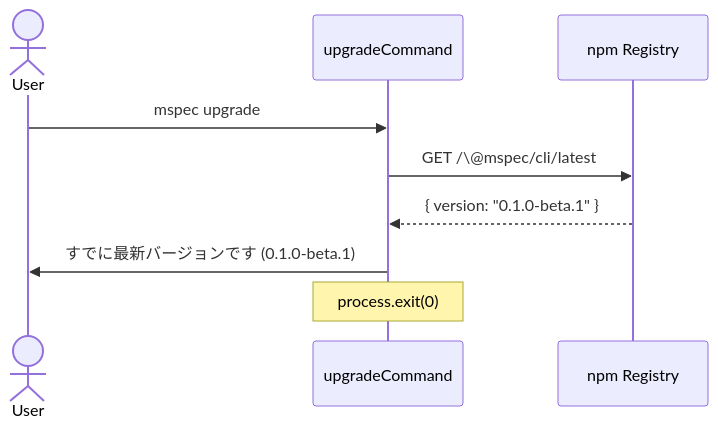
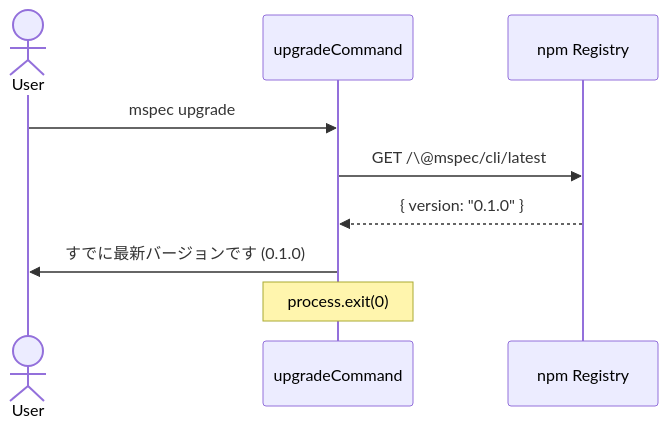
One commit to tubone24/mspec changed the third of 6 diagrams in changes/archive/2026-05-18-125018-cli-upgrade/architecture-overview.md. Above: the diagram before and after it, drawn with Mermaid. The commit also changed other lines of this file and 22 other files, not shown here.

````diff
--- a/changes/archive/2026-05-18-125018-cli-upgrade/architecture-overview.md
+++ b/changes/archive/2026-05-18-125018-cli-upgrade/architecture-overview.md
@@ -58,12 +58,12 @@
 ```mermaid
 sequenceDiagram
     actor User
     participant Upgrade as upgradeCommand
     participant Registry as npm Registry
 
     User->>Upgrade: mspec upgrade
     Upgrade->>Registry: GET /\@mspec/cli/latest
-    Registry-->>Upgrade: { version: "0.1.0-beta.1" }
-    Upgrade->>User: すでに最新バージョンです (0.1.0-beta.1)
+    Registry-->>Upgrade: { version: "0.1.0" }
+    Upgrade->>User: すでに最新バージョンです (0.1.0)
     Note over Upgrade: process.exit(0)
 ```
````
